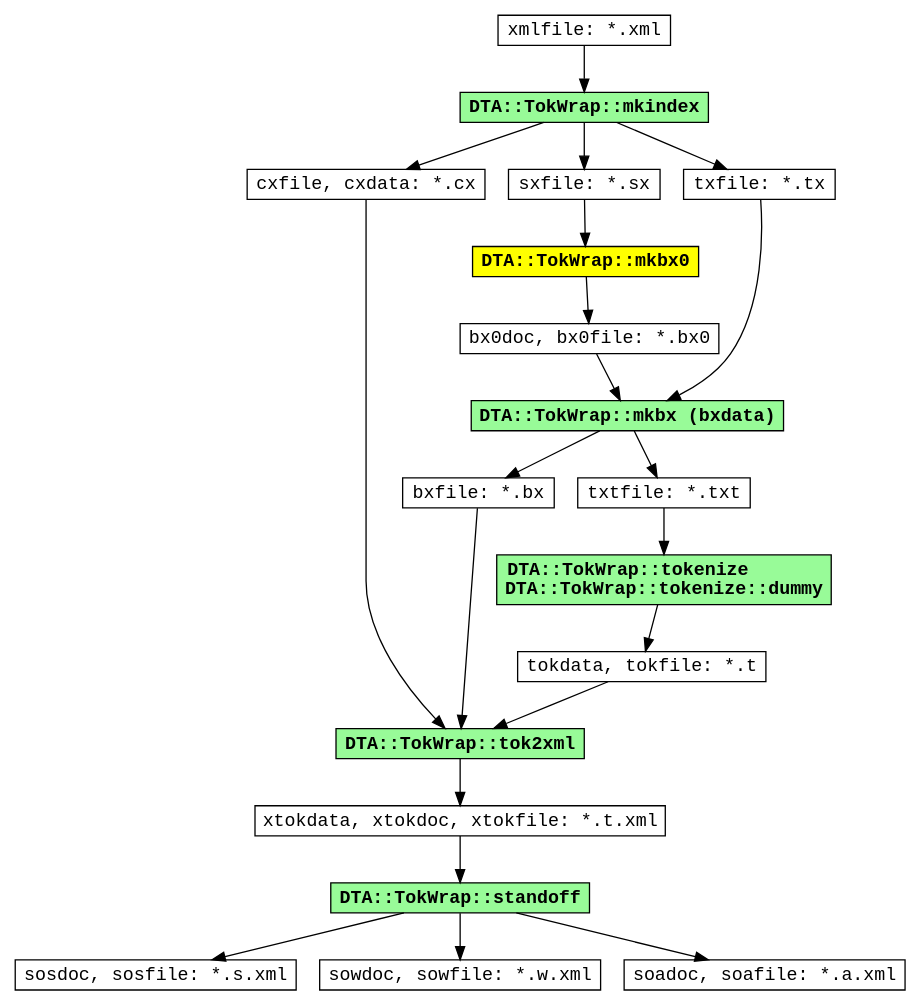
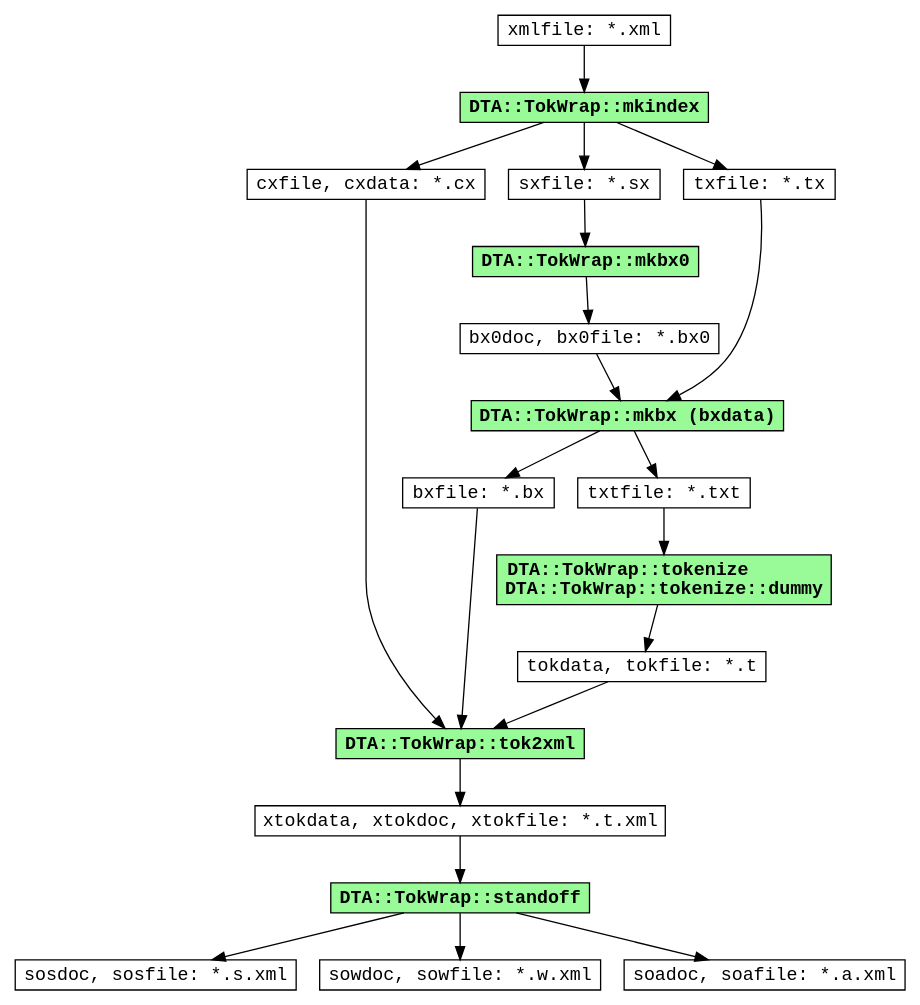
One commit to moocow-the-bovine/dta-tokwrap changed the diagram in doc/dataflow-perl-files.dot. Above: the diagram before and after it, drawn with Graphviz. The commit also changed 12 other files, not shown here.

```diff
--- a/doc/dataflow-perl-files.dot
+++ b/doc/dataflow-perl-files.dot
@@ -1,58 +1,58 @@
 /* -*- Mode: C -*- */
 digraph dataflow {
   node [shape=rectangle,height=0.25,fontname="Courier"];
   edge [decorate=0,fontname="Courier"];
 
   xml [label="xmlfile: *.xml"];
 
   mkindex [label="DTA::TokWrap::mkindex",shape=rectangle,style=filled,fillcolor=PaleGreen,fontname="Courier-Bold"];
   xml -> mkindex;
 
   cx [label="cxfile, cxdata: *.cx"];
   sx [label="sxfile: *.sx"];
   tx [label="txfile: *.tx"];
   mkindex -> cx;
   mkindex -> sx;
   mkindex -> tx;
   {rank=same; cx sx tx}
 
   bx0 [label="bx0doc, bx0file: *.bx0"];
-  mkbx0 [label="DTA::TokWrap::mkbx0",shape=rectangle,style=filled,fillcolor=yellow,fontname="Courier-Bold"];
+  mkbx0 [label="DTA::TokWrap::mkbx0",shape=rectangle,style=filled,fillcolor=PaleGreen,fontname="Courier-Bold"];
   sx -> mkbx0;
   mkbx0 -> bx0;
 
 
   bx [label="bxfile: *.bx"];
   mkbx [label="DTA::TokWrap::mkbx (bxdata)",shape=rectangle,style=filled,fillcolor=PaleGreen,fontname="Courier-Bold"];
   bx0 -> mkbx;
   tx -> mkbx;
   mkbx -> bx;
 
   txt [label="txtfile: *.txt"];
   {rank=same; bx txt}
   mkbx -> txt;
 
   tok [label="tokdata, tokfile: *.t"];
   tokenize [label="DTA::TokWrap::tokenize\lDTA::TokWrap::tokenize::dummy",shape=rectangle,style=filled,fillcolor=PaleGreen,fontname="Courier-Bold",justify="left"];
   txt -> tokenize;
   tokenize -> tok;
 
   tokxml [label="xtokdata, xtokdoc, xtokfile: *.t.xml"];
   tok2xml [label="DTA::TokWrap::tok2xml",shape=rectangle,style=filled,fillcolor=PaleGreen,fontname="Courier-Bold"];
   tok -> tok2xml;
   bx  -> tok2xml;
   cx  -> tok2xml;
   tok2xml -> tokxml;
 
   standoff [label="DTA::TokWrap::standoff",shape=rectangle,style=filled,fillcolor=PaleGreen,fontname="Courier-Bold"];
   tokxml -> standoff;
 
   sos [label="sosdoc, sosfile: *.s.xml"];
   standoff -> sos;
 
   sow [label="sowdoc, sowfile: *.w.xml"];
   standoff -> sow;
 
   soa [label="soadoc, soafile: *.a.xml"];
   standoff -> soa;
 }
```
